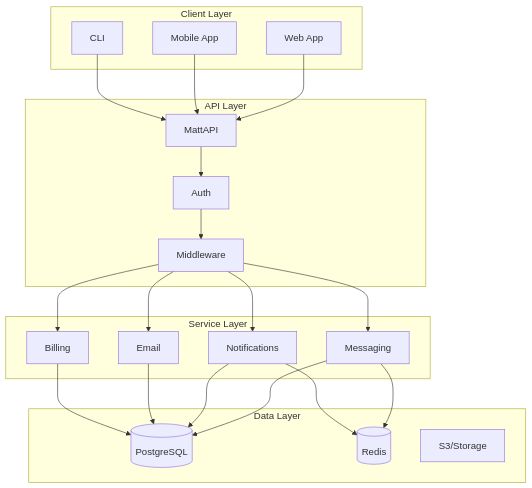
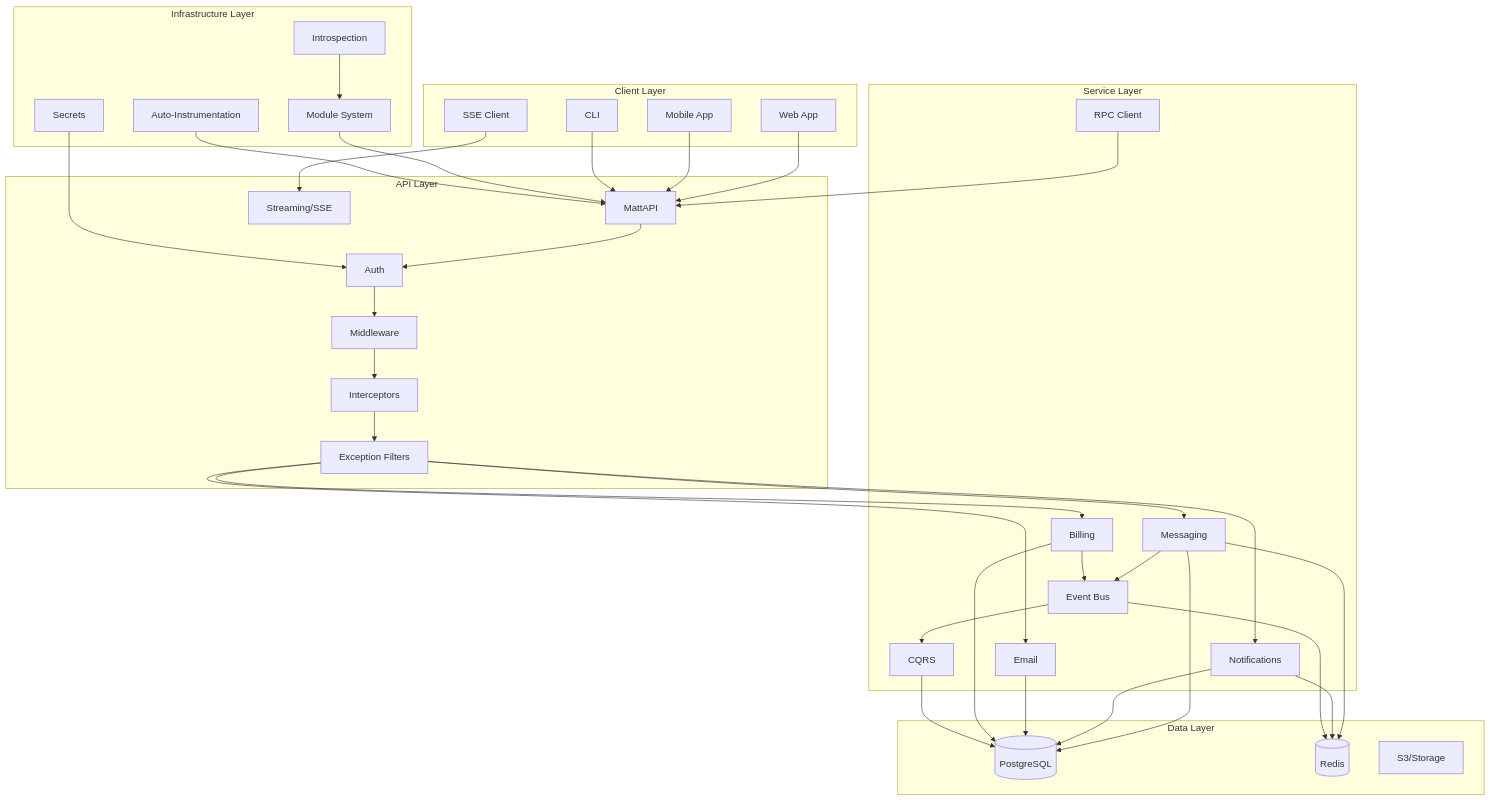
One commit to mattjaikaran/django-matt changed the first of 22 diagrams in docs/diagrams.md. Above: the diagram before and after it, drawn with Mermaid. The commit also changed other lines of this file and 1 other file, not shown here.

Commit message:
docs: update architecture and diagrams with new modules and patterns

````diff
--- a/docs/diagrams.md
+++ b/docs/diagrams.md
@@ -7,46 +7,75 @@
 ```mermaid
 graph TB
     subgraph "Client Layer"
         WEB[Web App]
         MOBILE[Mobile App]
         CLI[CLI]
+        SSE_CLIENT[SSE Client]
     end
 
     subgraph "API Layer"
         API[MattAPI]
         AUTH[Auth]
         MW[Middleware]
+        INTERCEPT[Interceptors]
+        EXCFILTER[Exception Filters]
+        STREAM[Streaming/SSE]
     end
 
     subgraph "Service Layer"
         MSG[Messaging]
         NOTIF[Notifications]
         EMAIL[Email]
         BILLING[Billing]
+        EVENTS[Event Bus]
+        CQRS[CQRS]
+        RPC[RPC Client]
+    end
+
+    subgraph "Infrastructure Layer"
+        SECRETS[Secrets]
+        MODULES[Module System]
+        INTRO[Introspection]
+        OBSERVE[Auto-Instrumentation]
     end
 
     subgraph "Data Layer"
         DB[(PostgreSQL)]
         CACHE[(Redis)]
         STORAGE[S3/Storage]
     end
 
     WEB --> API
     MOBILE --> API
     CLI --> API
+    SSE_CLIENT --> STREAM
 
     API --> AUTH
     AUTH --> MW
-    MW --> MSG
-    MW --> NOTIF
-    MW --> EMAIL
-    MW --> BILLING
+    MW --> INTERCEPT
+    INTERCEPT --> EXCFILTER
+    EXCFILTER --> MSG
+    EXCFILTER --> NOTIF
+    EXCFILTER --> EMAIL
+    EXCFILTER --> BILLING
+
+    MSG --> EVENTS
+    BILLING --> EVENTS
+    EVENTS --> CQRS
 
     MSG --> DB
     NOTIF --> DB
     EMAIL --> DB
     BILLING --> DB
+    CQRS --> DB
 
     MSG --> CACHE
     NOTIF --> CACHE
+    EVENTS --> CACHE
+
+    SECRETS --> AUTH
+    MODULES --> API
+    OBSERVE --> API
+    INTRO --> MODULES
+    RPC --> API
 ```
````
